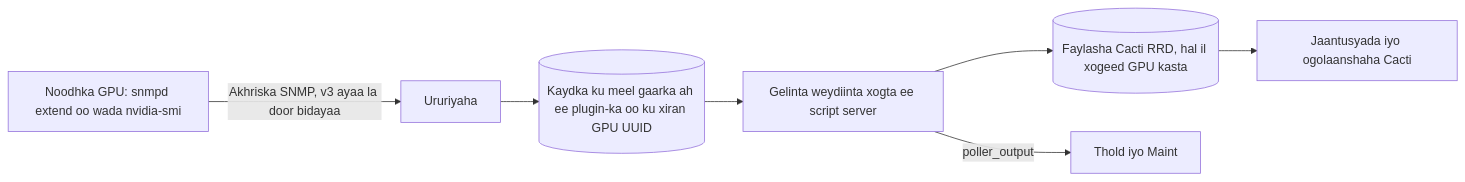
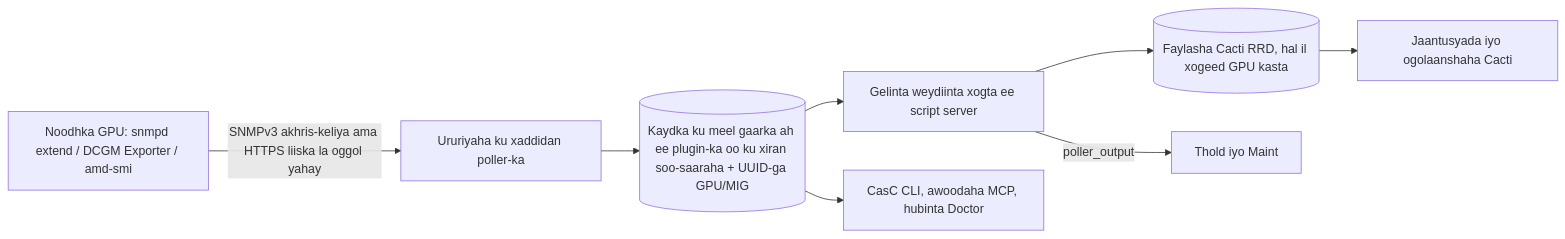
One commit to somethingwithproof/plugin_gpu changed the diagram in docs/i18n/so-SO/README.md. Above: the diagram before and after it, drawn with Mermaid. The commit also changed other lines of this file and 47 other files, not shown here.

````diff
--- a/docs/i18n/so-SO/README.md
+++ b/docs/i18n/so-SO/README.md
@@ -104,9 +104,10 @@
 ```mermaid
 flowchart LR
-    NODE[Noodhka GPU: snmpd extend oo wada nvidia-smi] -->|Akhriska SNMP, v3 ayaa la door bidayaa| C[Ururiyaha]
-    C --> CACHE[(Kaydka ku meel gaarka ah ee plugin-ka oo ku xiran GPU UUID)]
+    NODE["Noodhka GPU: snmpd extend / DCGM Exporter / amd-smi"] -->|SNMPv3 akhris-keliya ama HTTPS liiska la oggol yahay| C[Ururiyaha ku xaddidan poller-ka]
+    C --> CACHE[(Kaydka ku meel gaarka ah ee plugin-ka oo ku xiran soo-saaraha + UUID-ga GPU/MIG)]
     CACHE --> SS[Gelinta weydiinta xogta ee script server]
+    CACHE --> ECO[CasC CLI, awoodaha MCP, hubinta Doctor]
     SS --> RRD[(Faylasha Cacti RRD, hal il xogeed GPU kasta)]
     SS -->|poller_output| T[Thold iyo Maint]
     RRD --> G[Jaantusyada iyo ogolaanshaha Cacti]
 ```
````
